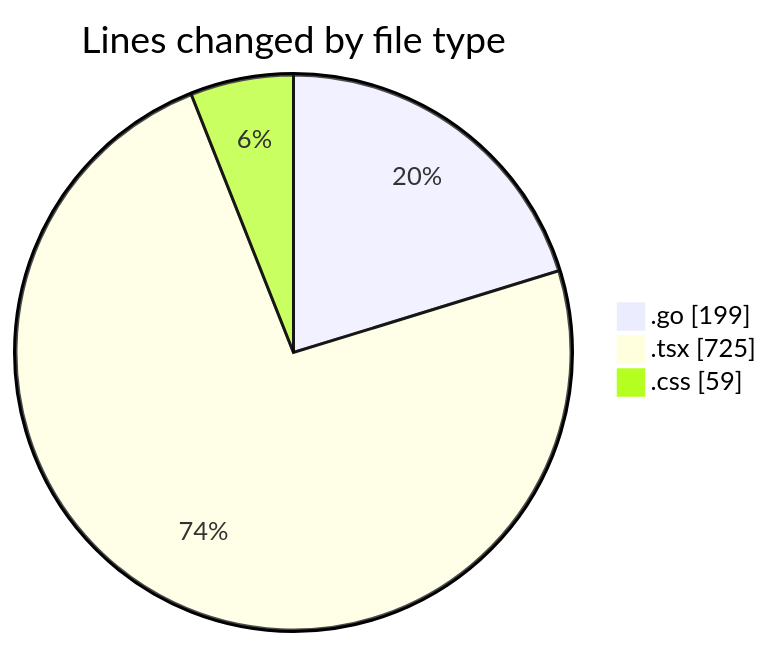
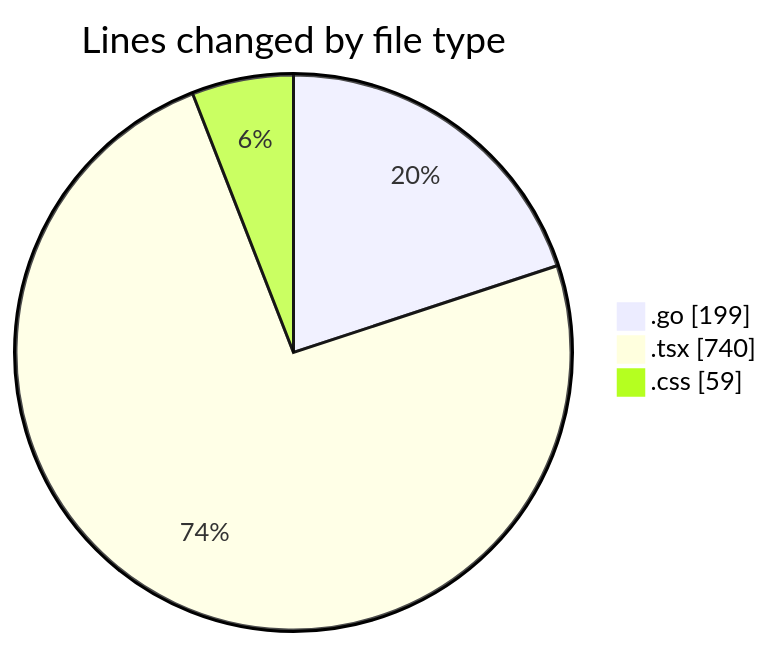
Before and after one commit to robertbonfada/code-tracking: the first of 2 diagrams in 2025-03-11/termonied_testador/README.md, drawn with Mermaid. The commit also changed other lines of this file and 1 other file, not shown here.

````diff
--- a/2025-03-11/termonied_testador/README.md
+++ b/2025-03-11/termonied_testador/README.md
@@ -27,7 +27,7 @@
 ```mermaid
 pie showData
 title Lines changed by file type
 ".go" : 199
-".tsx" : 725
+".tsx" : 740
 ".css" : 59
 ```
````
